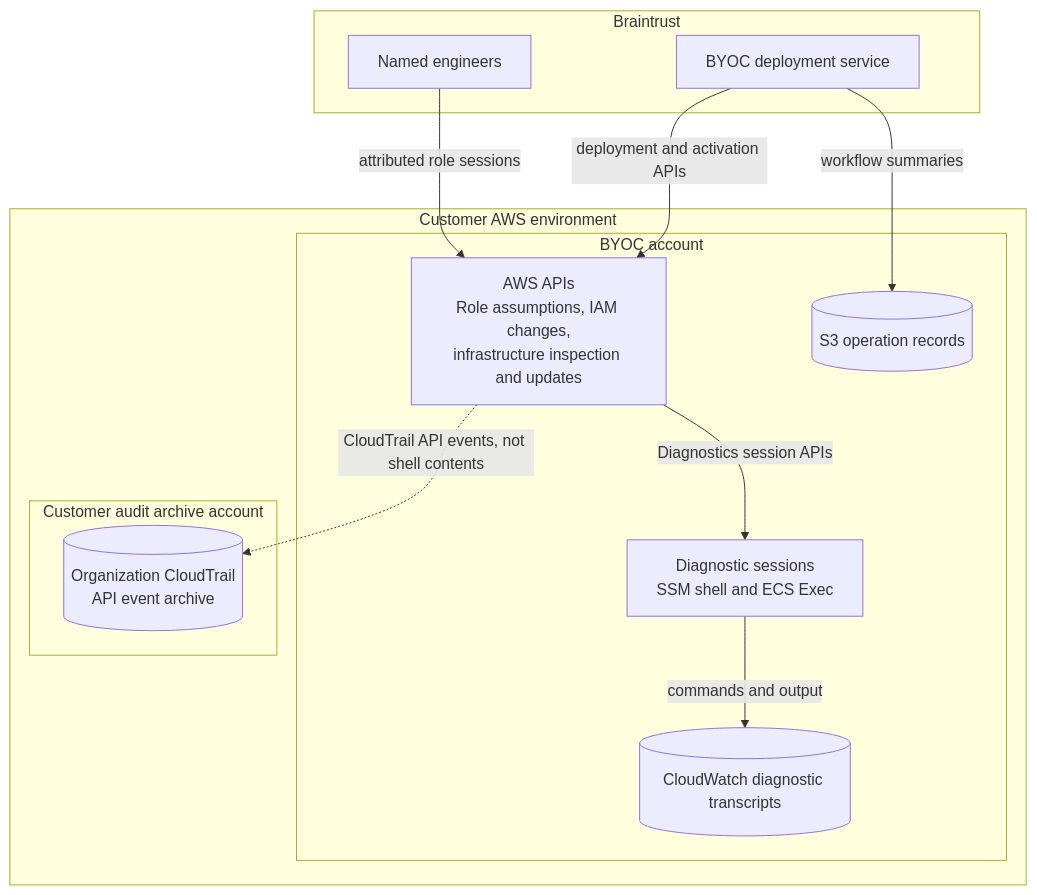
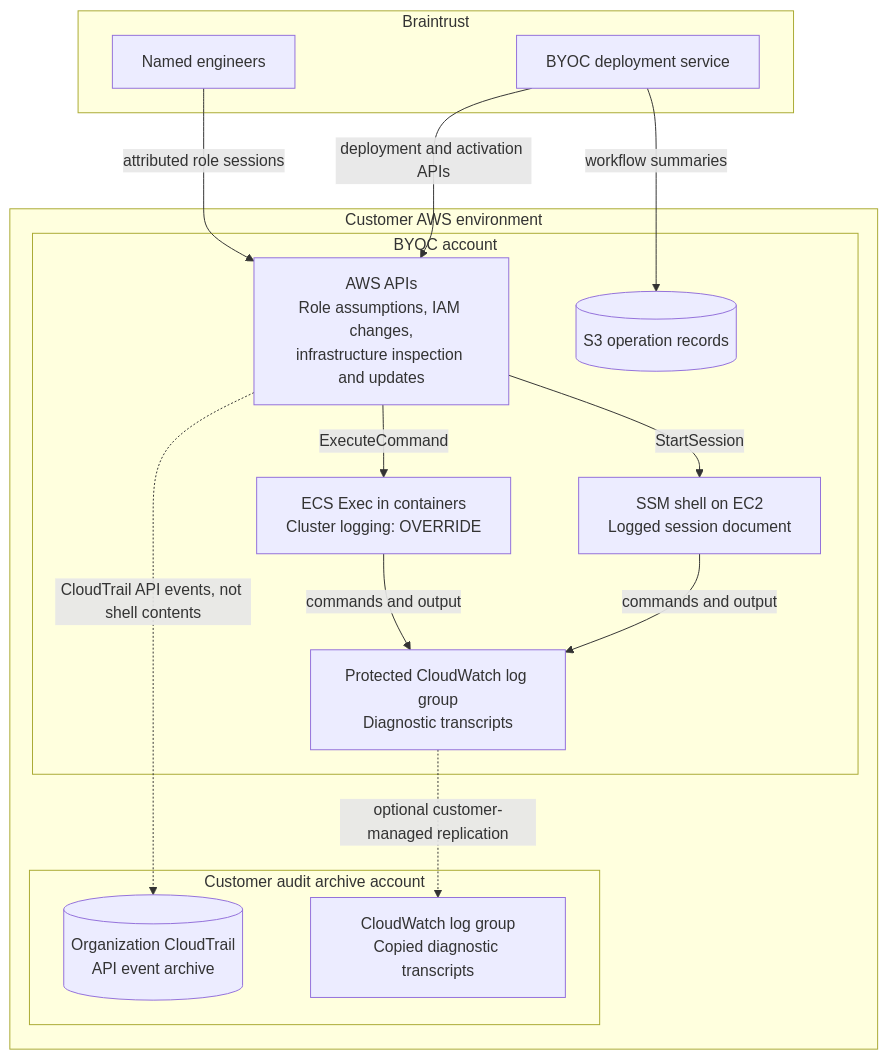
Before and after one commit to braintrustdata/terraform-aws-braintrust-data-plane: the second of 2 diagrams in managed-byoc-v2/README.md, drawn with Mermaid. The commit also changed other lines of this file and 1 other file, not shown here.

Commit message:
Clarify BYOC diagnostic logging and optional audit archive

````diff
--- a/managed-byoc-v2/README.md
+++ b/managed-byoc-v2/README.md
@@ -238,26 +240,31 @@
 ```mermaid
 flowchart TB
     subgraph BT[Braintrust]
         DEP[BYOC deployment service]
         ENG[Named engineers]
     end
 
     subgraph CUSTOMER[Customer AWS environment]
         subgraph BYOC[BYOC account]
             API["AWS APIs<br/>Role assumptions, IAM changes,<br/>infrastructure inspection and updates"]
-            SESSION["Diagnostic sessions<br/>SSM shell and ECS Exec"]
-            CW[("CloudWatch diagnostic transcripts")]
+            SSM["SSM shell on EC2<br/>Logged session document"]
+            ECS["ECS Exec in containers<br/>Cluster logging: OVERRIDE"]
+            CW["Protected CloudWatch log group<br/>Diagnostic transcripts"]
             OPS[("S3 operation records")]
         end
         subgraph ARCHIVE[Customer audit archive account]
             CT[("Organization CloudTrail<br/>API event archive")]
+            COPY["CloudWatch log group<br/>Copied diagnostic transcripts"]
         end
     end
 
     DEP -->|deployment and activation APIs| API
     ENG -->|attributed role sessions| API
-    API -->|Diagnostics session APIs| SESSION
+    API -->|StartSession| SSM
+    API -->|ExecuteCommand| ECS
     API -.->|CloudTrail API events, not shell contents| CT
-    SESSION -->|commands and output| CW
+    SSM -->|commands and output| CW
+    ECS -->|commands and output| CW
+    CW -.->|optional customer-managed replication| COPY
     DEP -->|workflow summaries| OPS
 ```
````
